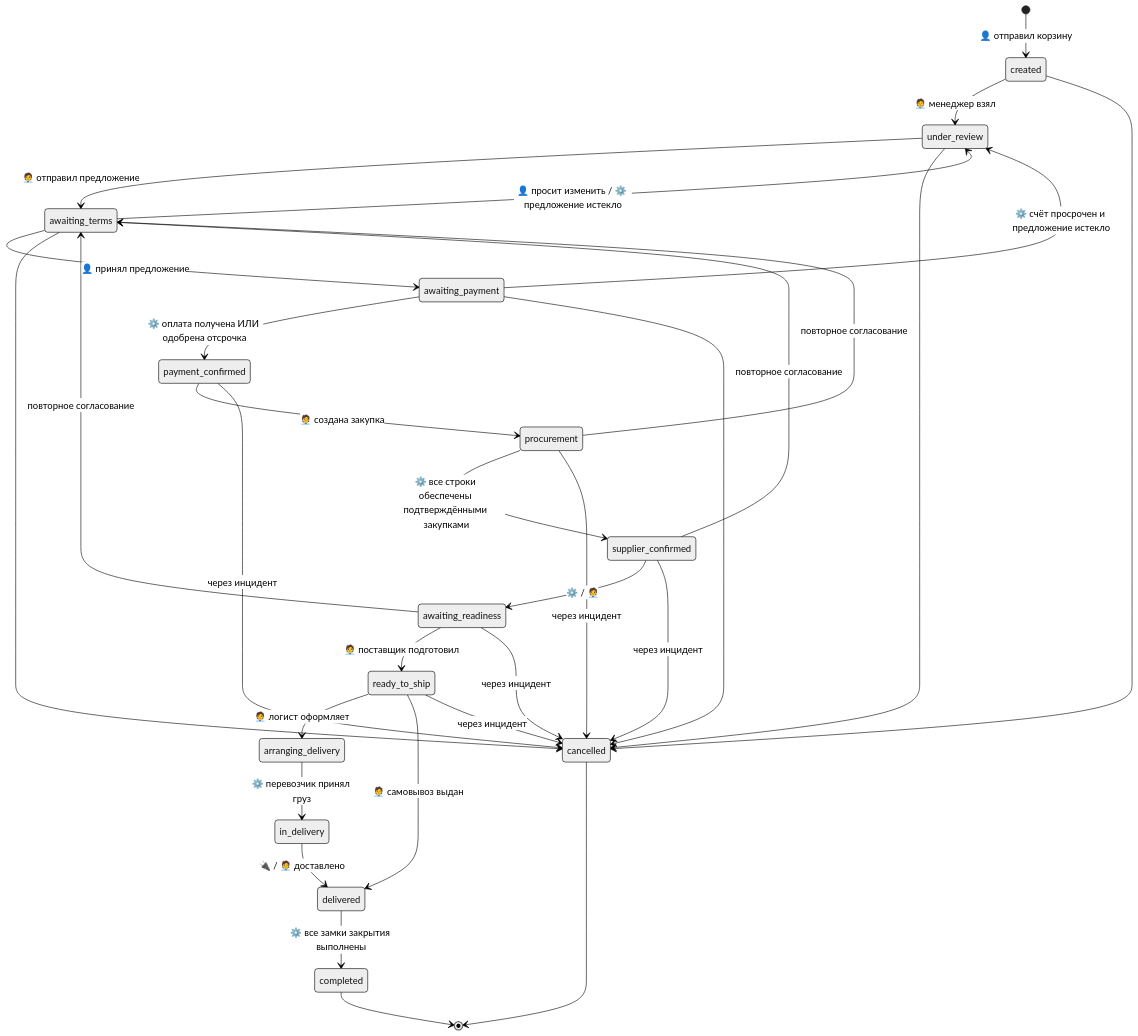
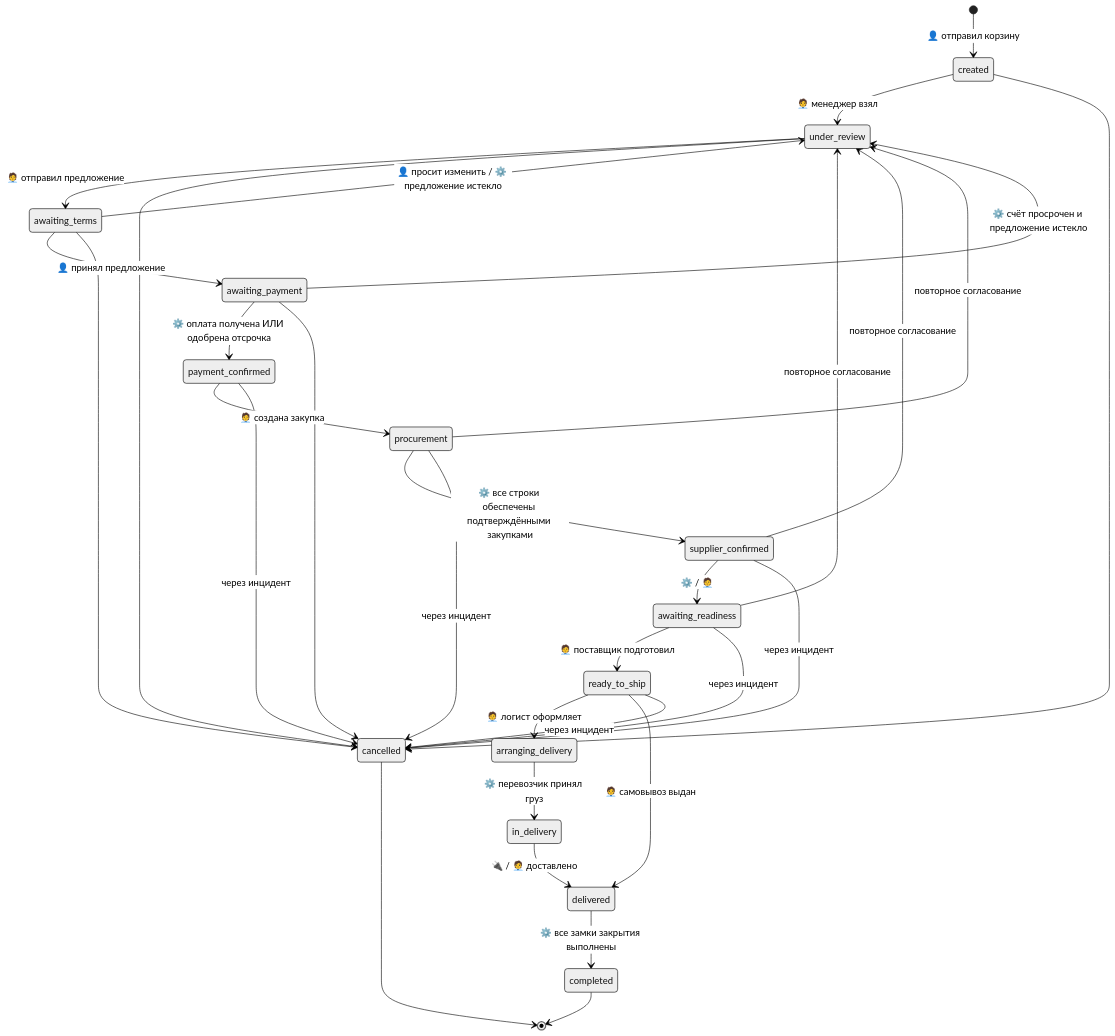
The first of 5 diagrams in docs/02-arhitektura/02-statusy.md (natavloe/steelcor-mobile), drawn with Mermaid (neutral theme) before and after one commit. The commit also changed other lines of this file and 65 other files, not shown here.

````diff
--- a/docs/02-arhitektura/02-statusy.md
+++ b/docs/02-arhitektura/02-statusy.md
@@ -24,36 +24,36 @@
 ```mermaid
 stateDiagram-v2
   direction TB
   [*] --> created: 👤 отправил корзину
   created --> under_review: 🧑‍💼 менеджер взял
   under_review --> awaiting_terms: 🧑‍💼 отправил предложение
   awaiting_terms --> under_review: 👤 просит изменить / ⚙️ предложение истекло
   awaiting_terms --> awaiting_payment: 👤 принял предложение
   awaiting_payment --> payment_confirmed: ⚙️ оплата получена ИЛИ одобрена отсрочка
   awaiting_payment --> under_review: ⚙️ счёт просрочен и предложение истекло
   payment_confirmed --> procurement: 🧑‍💼 создана закупка
   procurement --> supplier_confirmed: ⚙️ все строки обеспечены подтверждёнными закупками
   supplier_confirmed --> awaiting_readiness: ⚙️ / 🧑‍💼
   awaiting_readiness --> ready_to_ship: 🧑‍💼 поставщик подготовил
   ready_to_ship --> arranging_delivery: 🧑‍💼 логист оформляет
   ready_to_ship --> delivered: 🧑‍💼 самовывоз выдан
   arranging_delivery --> in_delivery: ⚙️ перевозчик принял груз
   in_delivery --> delivered: 🔌 / 🧑‍💼 доставлено
   delivered --> completed: ⚙️ все замки закрытия выполнены
 
-  procurement --> awaiting_terms: повторное согласование
-  supplier_confirmed --> awaiting_terms: повторное согласование
-  awaiting_readiness --> awaiting_terms: повторное согласование
+  procurement --> under_review: повторное согласование
+  supplier_confirmed --> under_review: повторное согласование
+  awaiting_readiness --> under_review: повторное согласование
 
   created --> cancelled
   under_review --> cancelled
   awaiting_terms --> cancelled
   awaiting_payment --> cancelled
   payment_confirmed --> cancelled: через инцидент
   procurement --> cancelled: через инцидент
   supplier_confirmed --> cancelled: через инцидент
   awaiting_readiness --> cancelled: через инцидент
   ready_to_ship --> cancelled: через инцидент
   completed --> [*]
   cancelled --> [*]
 ```
````
